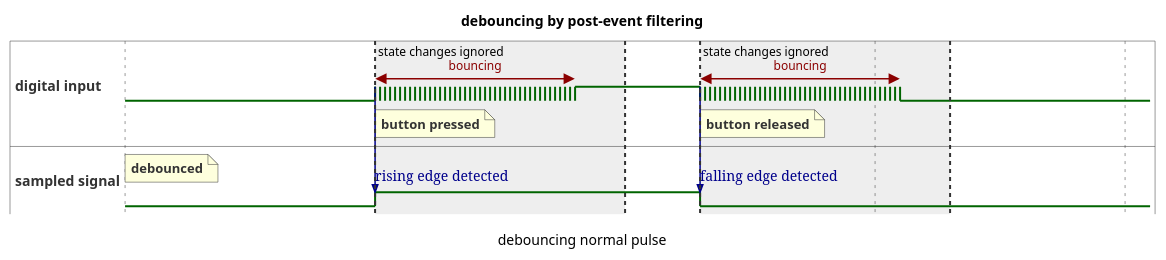
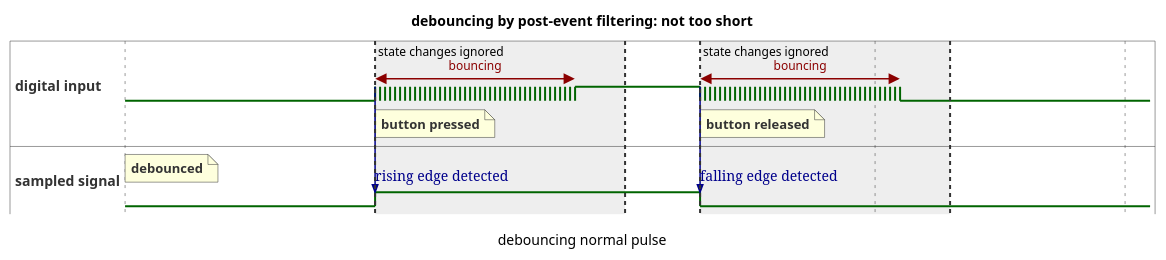
Before and after one commit to dhebbeker/task-tracker: the diagram in lib/3rd_party_adapters/FreeRTOS/bouncing-classic-normal.puml, drawn with PlantUML. The commit also changed 3 other files, not shown here.

First line of the commit message:
Adjust timing diagrams for debouncing.

```diff
--- a/lib/3rd_party_adapters/FreeRTOS/bouncing-classic-normal.puml
+++ b/lib/3rd_party_adapters/FreeRTOS/bouncing-classic-normal.puml
@@ -1,33 +1,33 @@
 @startuml
-title debouncing by post-event filtering
+title debouncing by post-event filtering: not too short
 caption debouncing normal pulse
 hide time-axis
 scale 1 as 250 pixels
 binary "digital input" as D
 binary "sampled signal" as B
 
 @0
 D is low
 note top of B : debounced
 B is low
 @+1
 D is {low,high}
 note bottom of D : button pressed
 D@+0 <-> @+0.8 : bouncing
 D -> B : rising edge detected
 highlight +0 to +1 : state changes ignored
 B is high
 @+0.8
 D is high
 @+0.5
 D is {low,high}
 note bottom of D : button released
 D -> B : falling edge detected
 D@+0 <-> @+0.8 : bouncing
 highlight +0 to +1 : state changes ignored
 B is low
 @+0.8
 D is low
 
 
 @enduml
```
